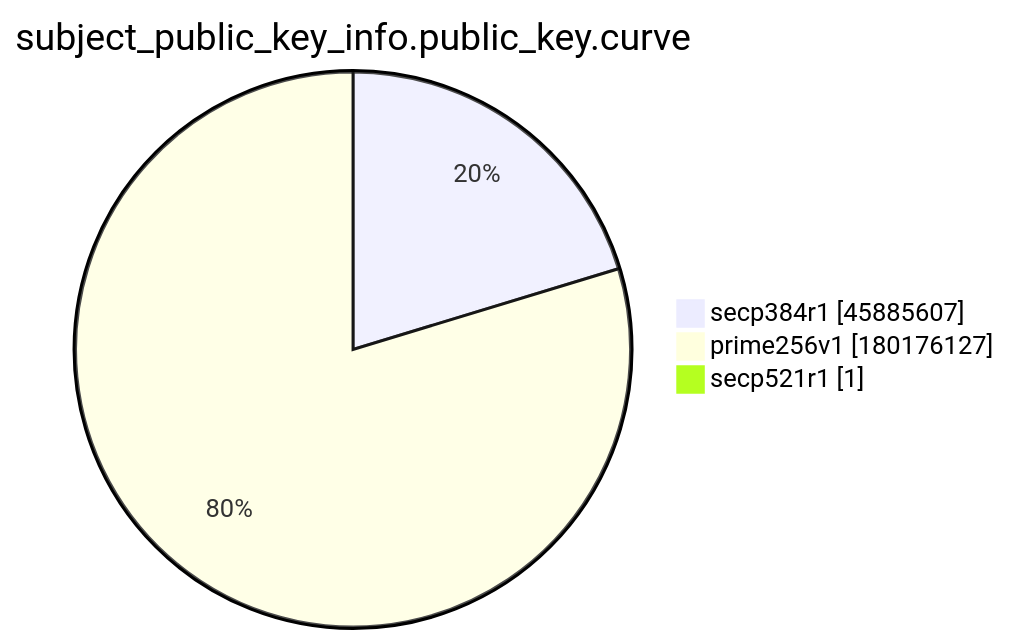
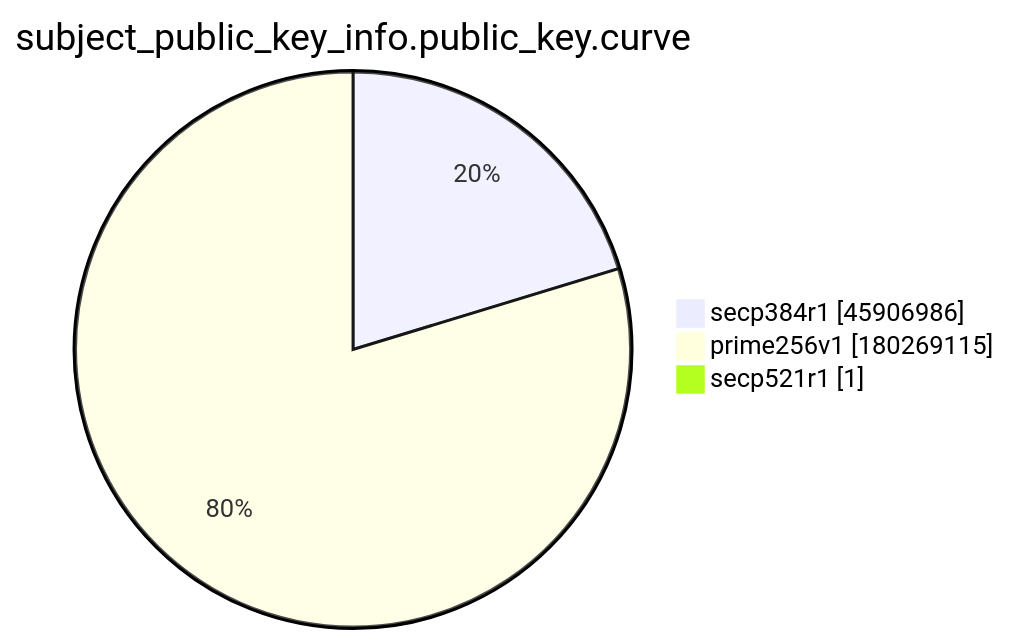
One commit to christiankrug/ctmonitor_visualization changed the ninth of 15 diagrams in xenon2022/README.md. Above: the diagram before and after it, drawn with Mermaid. The commit also changed other lines of this file, not shown here.

````diff
--- a/xenon2022/README.md
+++ b/xenon2022/README.md
@@ -2873,7 +2873,7 @@
 ```mermaid
 pie showData
 title subject_public_key_info.public_key.curve
-"secp384r1" :45885607
-"prime256v1" :180176127
+"secp384r1" :45906986
+"prime256v1" :180269115
 "secp521r1" :1
 ```
````
